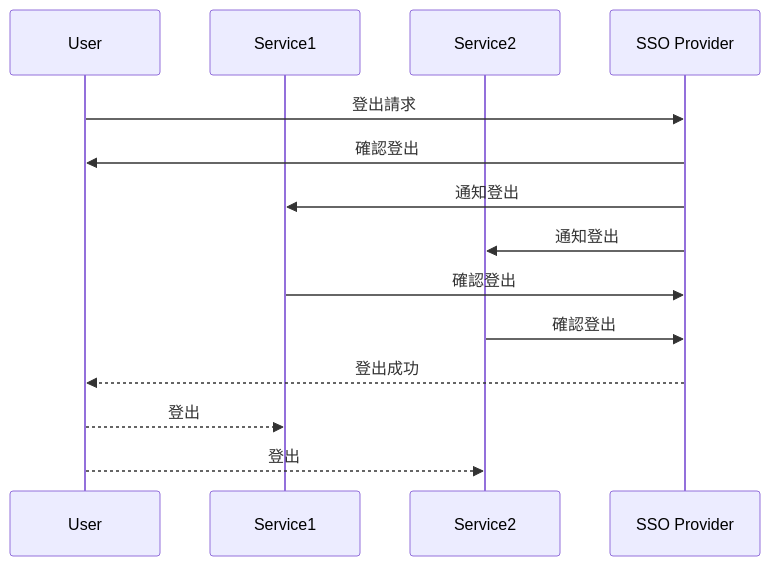
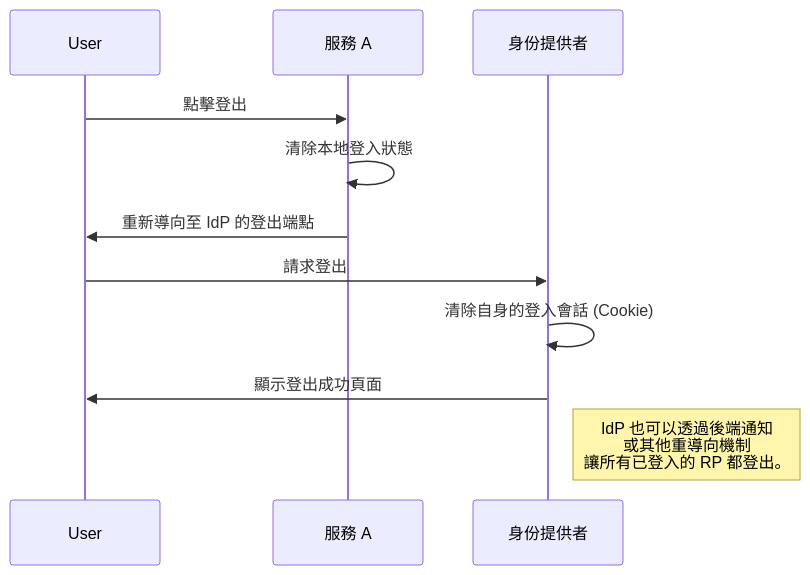
Before and after one commit to LonelyYeezhiChicken/chicken-personal: the fourth of 4 diagrams in docs/sso/ssoOverView.md, drawn with Mermaid. The commit also changed other lines of this file and 3 other files, not shown here.

````diff
--- a/docs/sso/ssoOverView.md
+++ b/docs/sso/ssoOverView.md
@@ -191,17 +146,14 @@
 ```mermaid
 sequenceDiagram
     participant User
-    participant Service1
-    participant Service2
-    participant SSO Provider
+    participant RP as 服務 A
+    participant IdP as 身份提供者
 
-    User ->> SSO Provider: 登出請求
-    SSO Provider ->> User: 確認登出
-    SSO Provider ->> Service1: 通知登出
-    SSO Provider ->> Service2: 通知登出
-    Service1 ->> SSO Provider: 確認登出
-    Service2 ->> SSO Provider: 確認登出
-    SSO Provider -->> User: 登出成功
-    User -->> Service1: 登出
-    User -->> Service2: 登出
+    User->>RP: 點擊登出
+    RP->>RP: 清除本地登入狀態
+    RP->>User: 重新導向至 IdP 的登出端點
+    User->>IdP: 請求登出
+    IdP->>IdP: 清除自身的登入會話 (Cookie)
+    IdP->>User: 顯示登出成功頁面
+    note right of IdP: IdP 也可以透過後端通知<br/>或其他重導向機制<br/>讓所有已登入的 RP 都登出。
 ```
````
